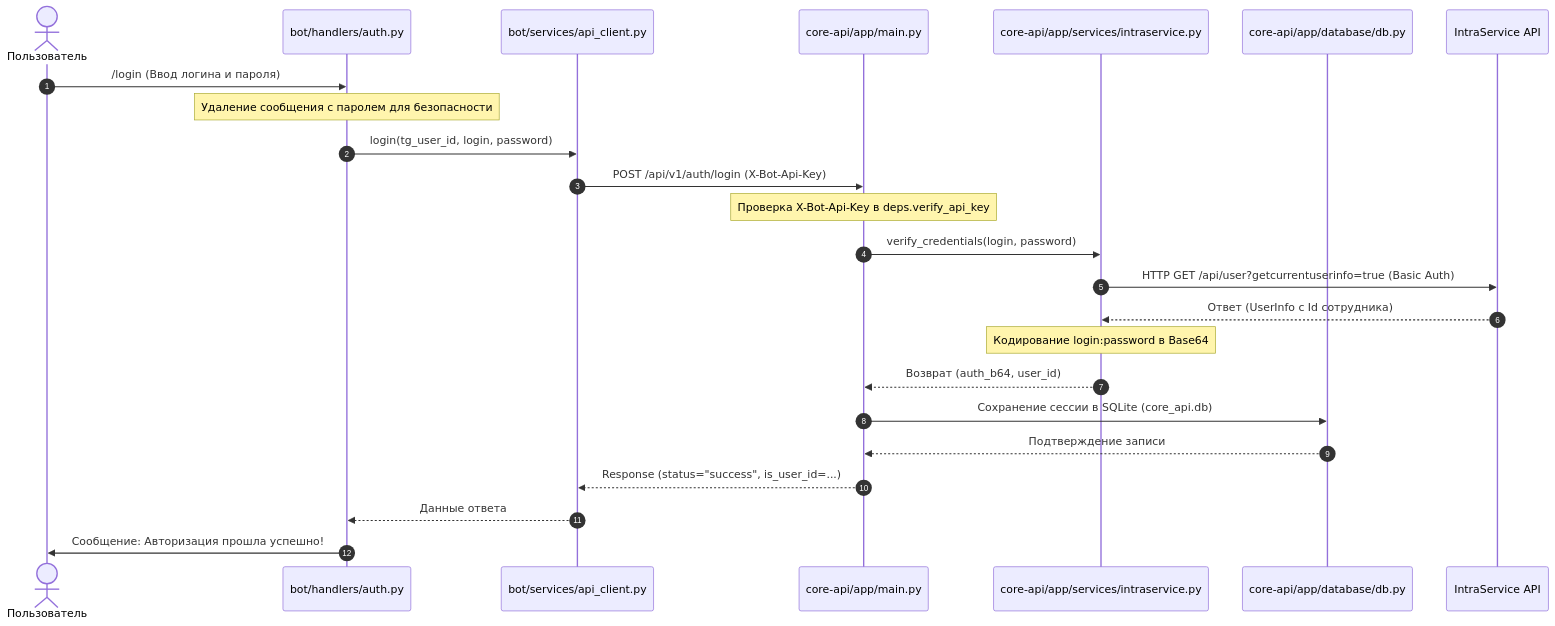
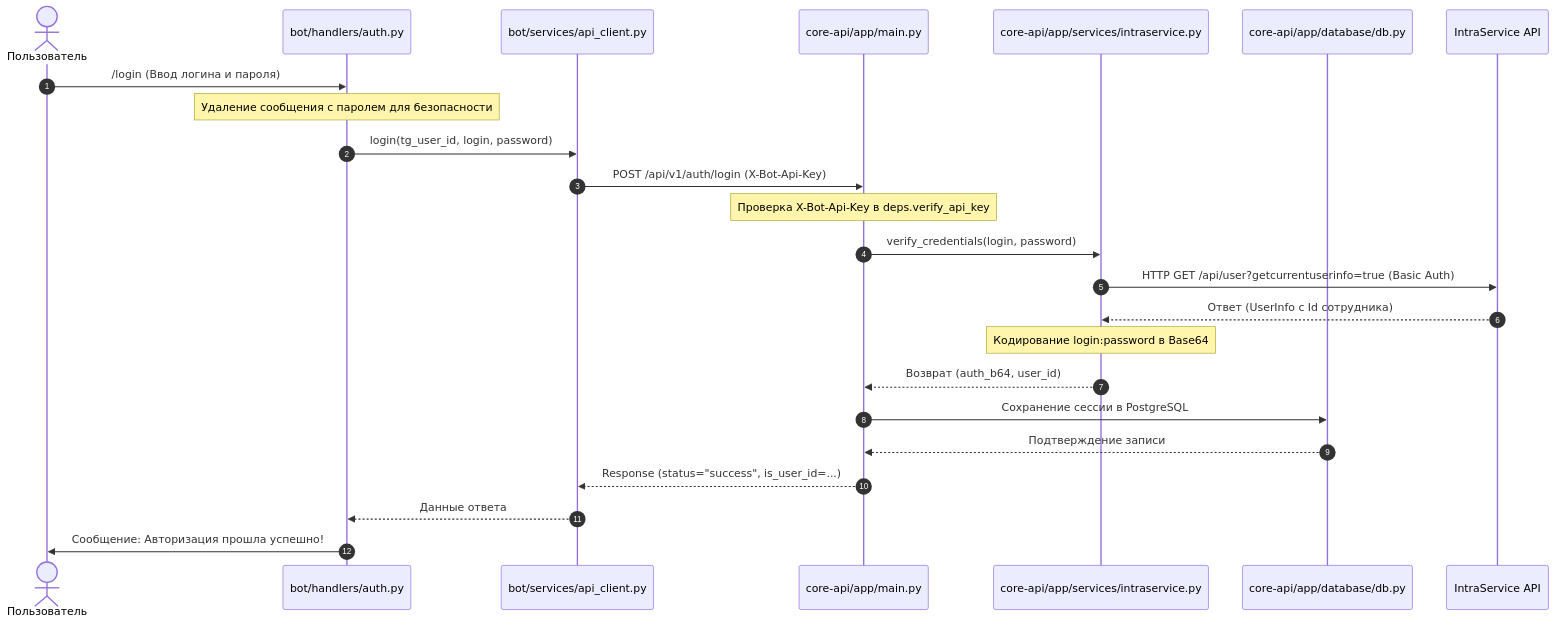
Before and after one commit to Unlesssebl/IntraLink: the second of 3 diagrams in docs/architecture_schema.md, drawn with Mermaid. The commit also changed other lines of this file and 5 other files, not shown here.

Commit message:
feat: migrate core-api database to postgresql

````diff
--- a/docs/architecture_schema.md
+++ b/docs/architecture_schema.md
@@ -98,27 +101,27 @@
 ```mermaid
 sequenceDiagram
     autonumber
     actor User as Пользователь
     participant BotH as bot/handlers/auth.py
     participant BotC as bot/services/api_client.py
     participant CoreM as core-api/app/main.py
     participant CoreIS as core-api/app/services/intraservice.py
     participant CoreDB as core-api/app/database/db.py
     participant IS as IntraService API
 
     User->>BotH: /login (Ввод логина и пароля)
     Note over BotH: Удаление сообщения с паролем для безопасности
     BotH->>BotC: login(tg_user_id, login, password)
     BotC->>CoreM: POST /api/v1/auth/login (X-Bot-Api-Key)
     Note over CoreM: Проверка X-Bot-Api-Key в deps.verify_api_key
     CoreM->>CoreIS: verify_credentials(login, password)
     CoreIS->>IS: HTTP GET /api/user?getcurrentuserinfo=true (Basic Auth)
     IS-->>CoreIS: Ответ (UserInfo с Id сотрудника)
     Note over CoreIS: Кодирование login:password в Base64
     CoreIS-->>CoreM: Возврат (auth_b64, user_id)
-    CoreM->>CoreDB: Сохранение сессии в SQLite (core_api.db)
+    CoreM->>CoreDB: Сохранение сессии в PostgreSQL
     CoreDB-->>CoreM: Подтверждение записи
     CoreM-->>BotC: Response (status="success", is_user_id=...)
     BotC-->>BotH: Данные ответа
     BotH->>User: Сообщение: Авторизация прошла успешно!
 ```
````
